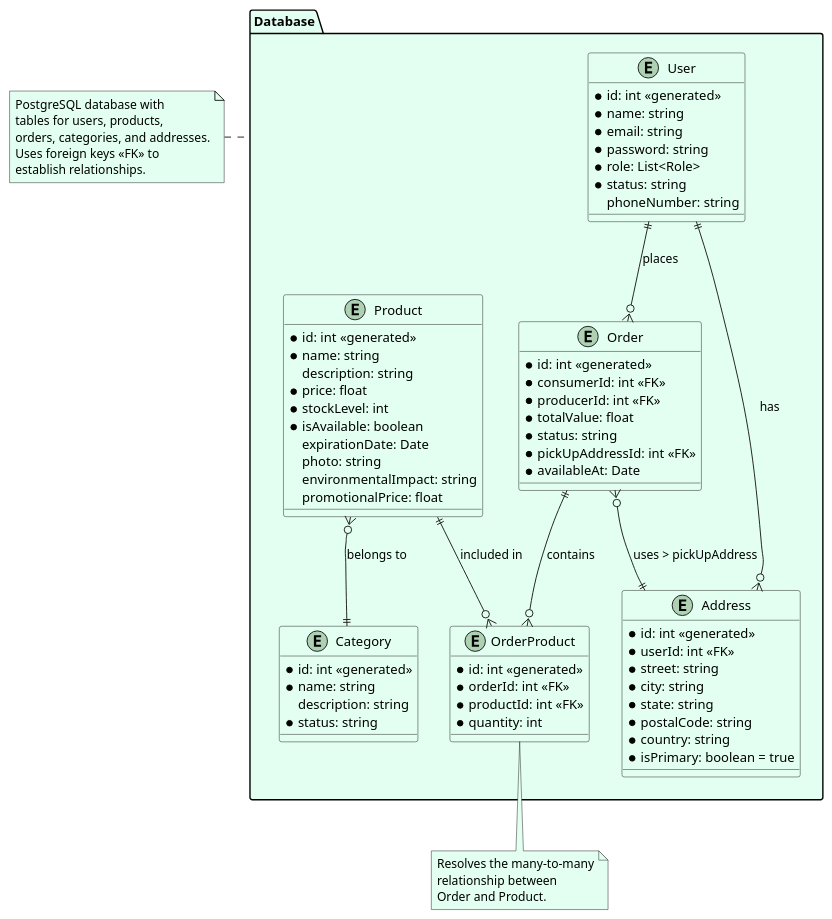
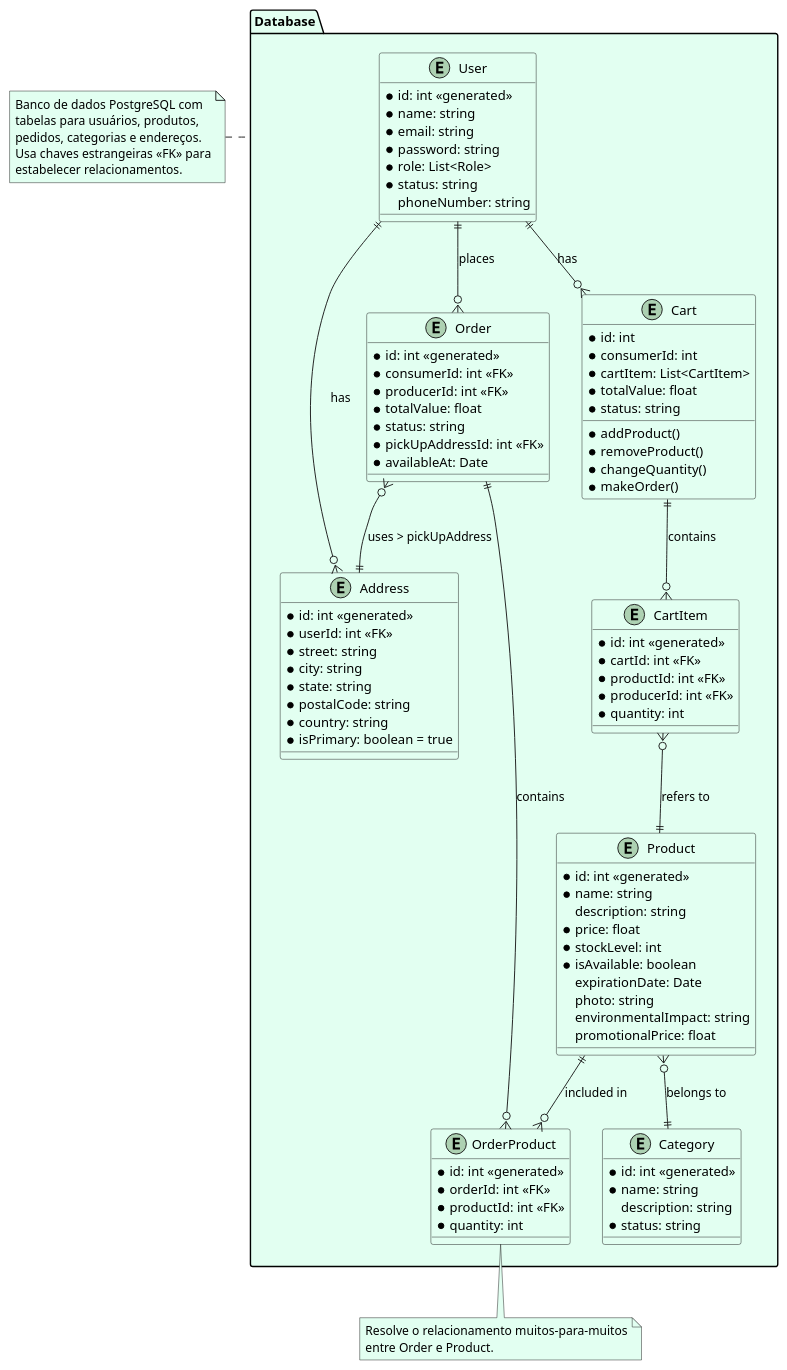
One commit to bruflor/comercio-vizinho changed the diagram in docs/diagrams/Database.puml. Above: the diagram before and after it, drawn with PlantUML. The commit also changed 2 other files, not shown here.

Commit message:
Adding cart entity/class

```diff
--- a/docs/diagrams/Database.puml
+++ b/docs/diagrams/Database.puml
@@ -1,98 +1,121 @@
 @startuml
 <style>
 classDiagram {
   BackGroundColor #e2fff1
 }
 
 document {
   BackGroundColor white
 }
 </style>
 
 package "Database" {
     entity "User" {
        * id: int <<generated>>
        * name: string
        * email: string
        * password: string
        * role: List<Role>
        * status: string
        phoneNumber: string 
     }
 
     entity "Address" {
        * id: int <<generated>>
        * userId: int <<FK>>
        * street: string
        * city: string
        * state: string
        * postalCode: string
        * country: string
        * isPrimary: boolean = true
     }
 
     entity "Order" {
        * id: int <<generated>>
        * consumerId: int <<FK>>
        * producerId: int <<FK>>
        * totalValue: float
        * status: string
        * pickUpAddressId: int <<FK>>
        * availableAt: Date
     }
 
     entity "Product" {
        * id: int <<generated>>
        * name: string
        description: string 
        * price: float
        * stockLevel: int
        * isAvailable: boolean
        expirationDate: Date 
        photo: string 
        environmentalImpact: string 
        promotionalPrice: float 
     }
 
     entity "Category" {
        * id: int <<generated>>
        * name: string
        description: string 
        * status: string
     }
 
     entity "OrderProduct" {
        * id: int <<generated>>
        * orderId: int <<FK>>
        * productId: int <<FK>>
        * quantity: int
     }
+
+entity Cart{
+    * id: int
+    * consumerId: int
+    * cartItem: List<CartItem>
+    * totalValue: float
+    * status: string
+
+    * addProduct()
+    * removeProduct()
+    * changeQuantity()
+    * makeOrder() 
+}
+
+entity CartItem{
+    * id: int <<generated>>
+    * cartId: int <<FK>>
+    * productId: int <<FK>>
+    * producerId: int <<FK>>
+    * quantity: int
+}
 }
 
 ' Relationships
 
 ' one to many
 User ||--o{ Address : has
 User ||--o{ Order : places
 Order ||--o{ OrderProduct : contains
 Product ||--o{ OrderProduct : included in
+User ||--o{ Cart : has
+Cart ||--o{ CartItem : contains
 
 ' many to one
 Product }o--|| Category : belongs to
 Order }o--|| Address : uses > pickUpAddress
+CartItem }o--|| Product : refers to
 
 note bottom of [OrderProduct]
-  Resolves the many-to-many
-  relationship between
-  Order and Product.
+Resolve o relacionamento muitos-para-muitos
+entre Order e Product.
 end note
 
 note left of [Database]
-  PostgreSQL database with
-  tables for users, products,
-  orders, categories, and addresses.
-  Uses foreign keys <<FK>> to
-  establish relationships.
+    Banco de dados PostgreSQL com
+    tabelas para usuários, produtos,
+    pedidos, categorias e endereços.
+    Usa chaves estrangeiras <<FK>> para
+    estabelecer relacionamentos.
 end note
 
 @enduml
```
